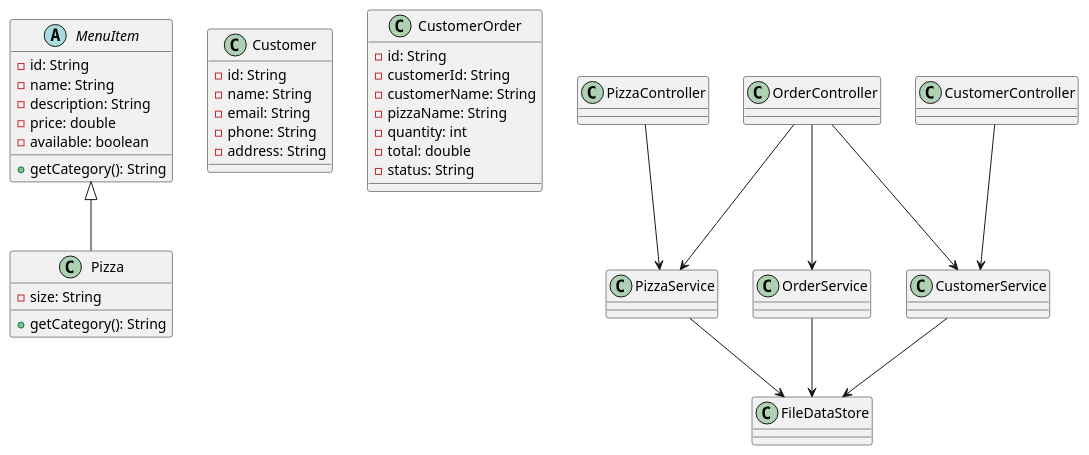
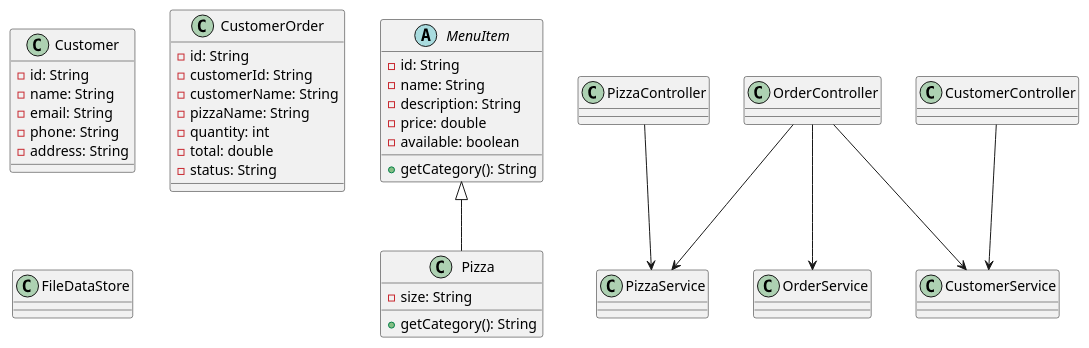
Before and after one commit to IT26100510/OOP-project-new: the diagram in pizza-delivery-management/docs/class-diagram.md, drawn with PlantUML. The commit also changed other lines of this file and 35 other files, not shown here.

````diff
--- a/pizza-delivery-management/docs/class-diagram.md
+++ b/pizza-delivery-management/docs/class-diagram.md
@@ -3,48 +3,48 @@
 ```plantuml
 @startuml
 abstract class MenuItem {
   - id: String
   - name: String
   - description: String
   - price: double
   - available: boolean
   + getCategory(): String
 }
 class Pizza {
   - size: String
   + getCategory(): String
 }
 class Customer {
   - id: String
   - name: String
   - email: String
   - phone: String
   - address: String
 }
 class CustomerOrder {
   - id: String
   - customerId: String
   - customerName: String
   - pizzaName: String
   - quantity: int
   - total: double
   - status: String
 }
 class FileDataStore
 class PizzaService
 class CustomerService
 class OrderService
 class PizzaController
 class CustomerController
 class OrderController
 MenuItem <|-- Pizza
-PizzaService --> FileDataStore
-CustomerService --> FileDataStore
-OrderService --> FileDataStore
+
+
+
 PizzaController --> PizzaService
 CustomerController --> CustomerService
 OrderController --> OrderService
 OrderController --> CustomerService
 OrderController --> PizzaService
 @enduml
 ```
````
